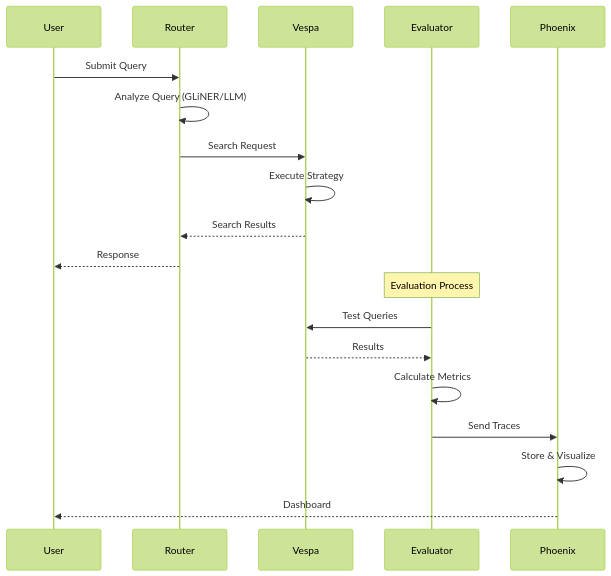
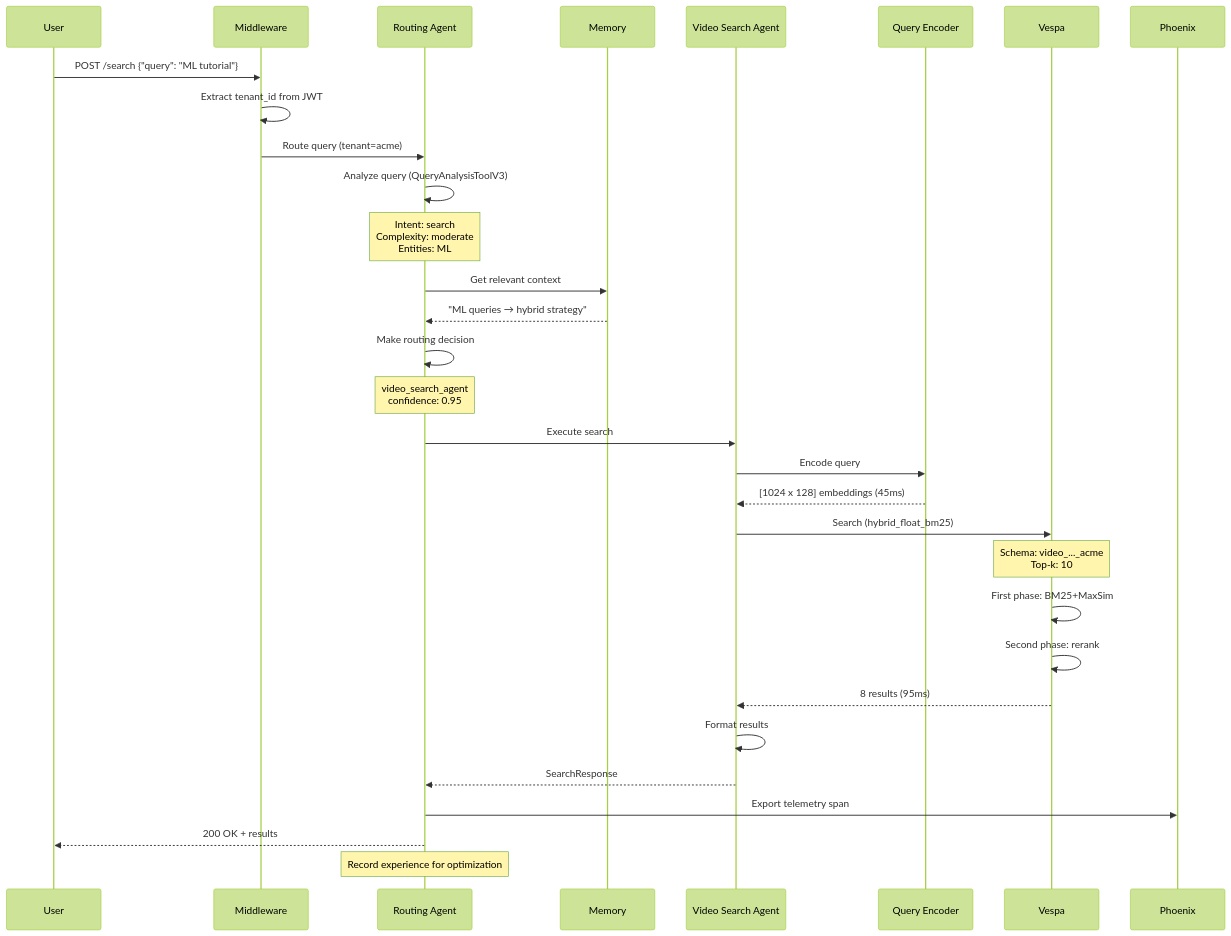
The first of 3 diagrams in docs/system-flows.md (amit-jain/cogniverse), drawn with Mermaid (forest theme) before and after one commit. The commit also changed other lines of this file and 16 other files, not shown here.

First line of the commit message:
Comprehensive documentation revamp for multi-agent architecture

````diff
--- a/docs/system-flows.md
+++ b/docs/system-flows.md
@@ -121,23 +127,44 @@
 ```mermaid
 sequenceDiagram
     participant U as User
-    participant R as Router
-    participant V as Vespa
-    participant E as Evaluator
+    participant M as Middleware
+    participant R as Routing Agent
+    participant Mem as Memory
+    participant V as Video Search Agent
+    participant E as Query Encoder
+    participant Ves as Vespa
     participant P as Phoenix
-    
-    U->>R: Submit Query
-    R->>R: Analyze Query (GLiNER/LLM)
-    R->>V: Search Request
-    V->>V: Execute Strategy
-    V-->>R: Search Results
-    R-->>U: Response
-    
-    Note over E: Evaluation Process
-    E->>V: Test Queries
-    V-->>E: Results
-    E->>E: Calculate Metrics
-    E->>P: Send Traces
-    P->>P: Store & Visualize
-    P-->>U: Dashboard
+
+    U->>M: POST /search {"query": "ML tutorial"}
+    M->>M: Extract tenant_id from JWT
+    M->>R: Route query (tenant=acme)
+
+    R->>R: Analyze query (QueryAnalysisToolV3)
+    Note over R: Intent: search<br/>Complexity: moderate<br/>Entities: ML
+
+    R->>Mem: Get relevant context
+    Mem-->>R: "ML queries → hybrid strategy"
+
+    R->>R: Make routing decision
+    Note over R: video_search_agent<br/>confidence: 0.95
+
+    R->>V: Execute search
+
+    V->>E: Encode query
+    E-->>V: [1024 x 128] embeddings (45ms)
+
+    V->>Ves: Search (hybrid_float_bm25)
+    Note over Ves: Schema: video_..._acme<br/>Top-k: 10
+
+    Ves->>Ves: First phase: BM25+MaxSim
+    Ves->>Ves: Second phase: rerank
+    Ves-->>V: 8 results (95ms)
+
+    V->>V: Format results
+    V-->>R: SearchResponse
+
+    R->>P: Export telemetry span
+    R-->>U: 200 OK + results
+
+    Note over R: Record experience for optimization
 ```
````
